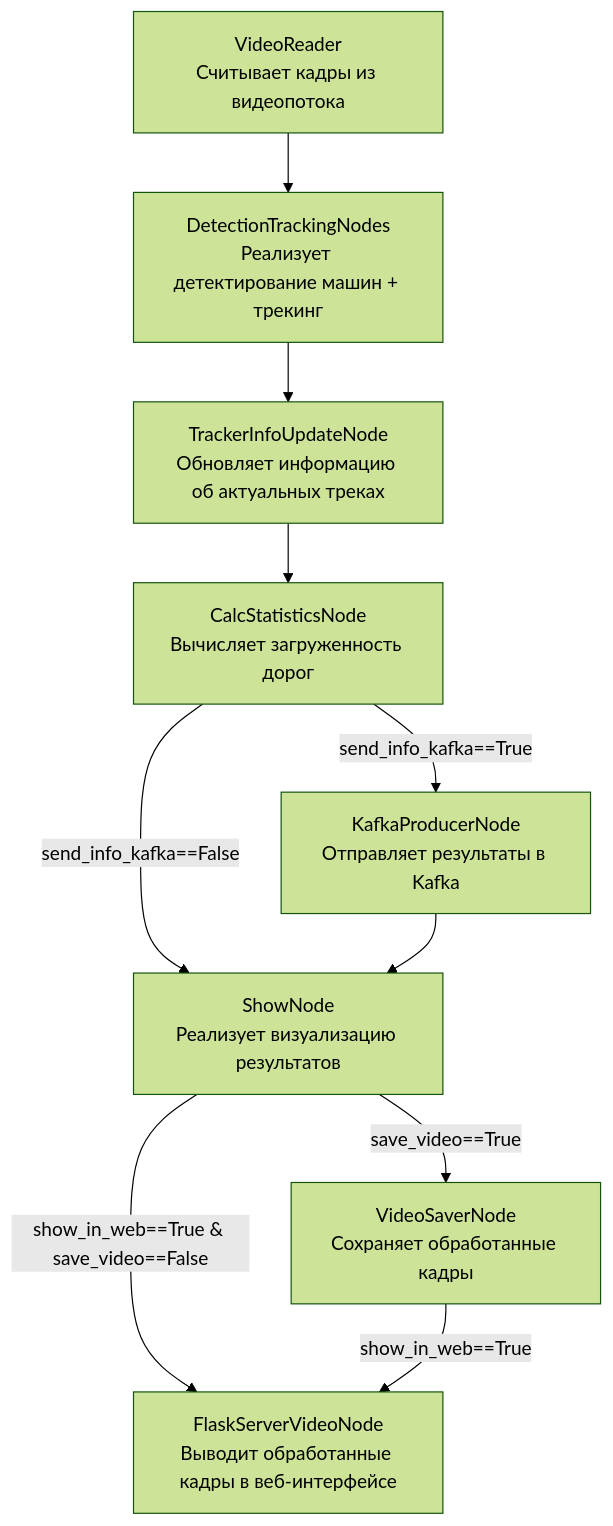
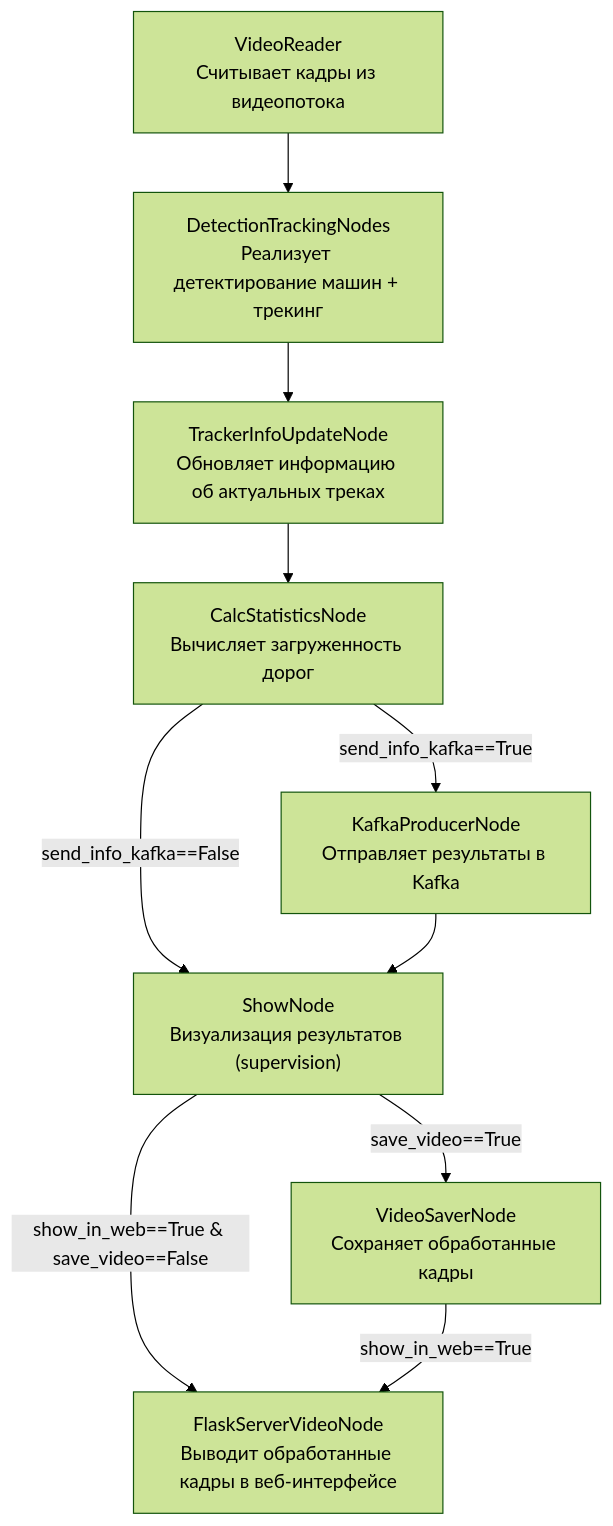
One commit to fjwangzy/TrafficAnalyzer changed the diagram in README.md. Above: the diagram before and after it, drawn with Mermaid (forest theme). The commit also changed 12 other files, not shown here.

First line of the commit message:
feat: Refactor ShowNode for enhanced visualization using supervision library

````diff
--- a/README.md
+++ b/README.md
@@ -131,12 +131,12 @@
 ```mermaid
 graph TD;
     A["VideoReader<br>Считывает кадры из видеопотока"] --> B["DetectionTrackingNodes<br>Реализует детектирование машин + трекинг"];
     B --> C["TrackerInfoUpdateNode<br>Обновляет информацию об актуальных треках"];
     C --> D["CalcStatisticsNode<br>Вычисляет загруженность дорог"];
     D --send_info_kafka==False --> F;
     D --send_info_kafka==True --> E["KafkaProducerNode<br>Отправляет результаты в Kafka"];
-    E --> F["ShowNode<br>Реализует визуализацию результатов"];
+    E --> F["ShowNode<br>Визуализация результатов (supervision)"];
     F --save_video==True --> H["VideoSaverNode<br>Сохраняет обработанные кадры"];
     F --show_in_web==True & save_video==False --> L["FlaskServerVideoNode<br>Выводит обработанные кадры в веб-интерфейсе"];
     H --show_in_web==True --> L
 ```
````
